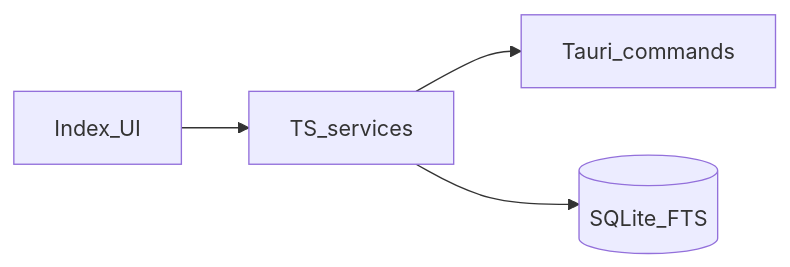
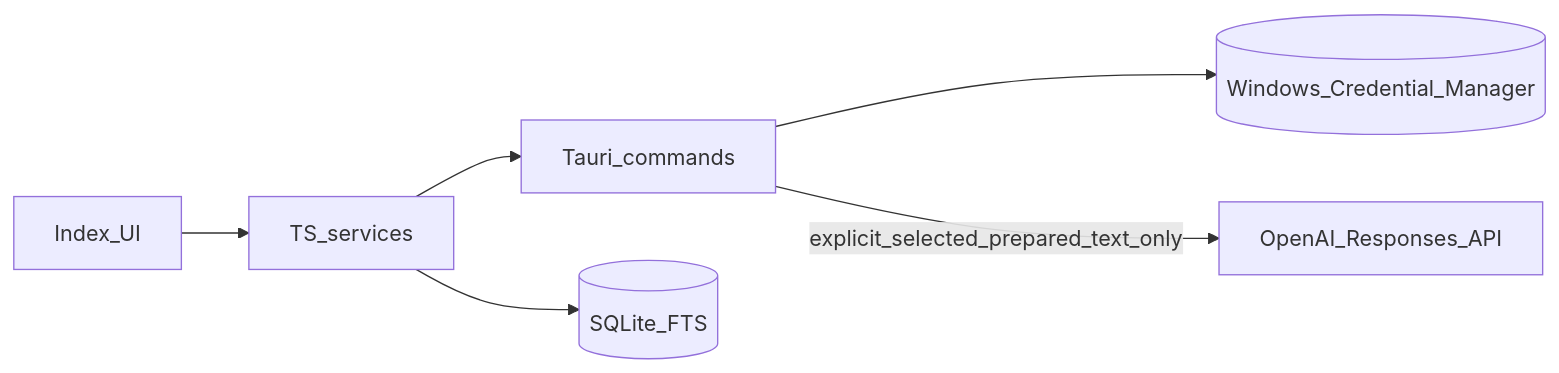
The diagram in docs/stackdrop-architecture.md (ChimdumebiNebolisa/StackDrop), drawn with Mermaid before and after one commit. The commit also changed other lines of this file and 8 other files, not shown here.

````diff
--- a/docs/stackdrop-architecture.md
+++ b/docs/stackdrop-architecture.md
@@ -182,10 +201,14 @@
 ```mermaid
 flowchart LR
   UI[Index_UI]
   Svc[TS_services]
   Tauri[Tauri_commands]
   DB[(SQLite_FTS)]
+  Cred[(Windows_Credential_Manager)]
+  OpenAI[OpenAI_Responses_API]
   UI --> Svc
   Svc --> Tauri
   Svc --> DB
+  Tauri --> Cred
+  Tauri -->|explicit_selected_prepared_text_only| OpenAI
 ```
````
